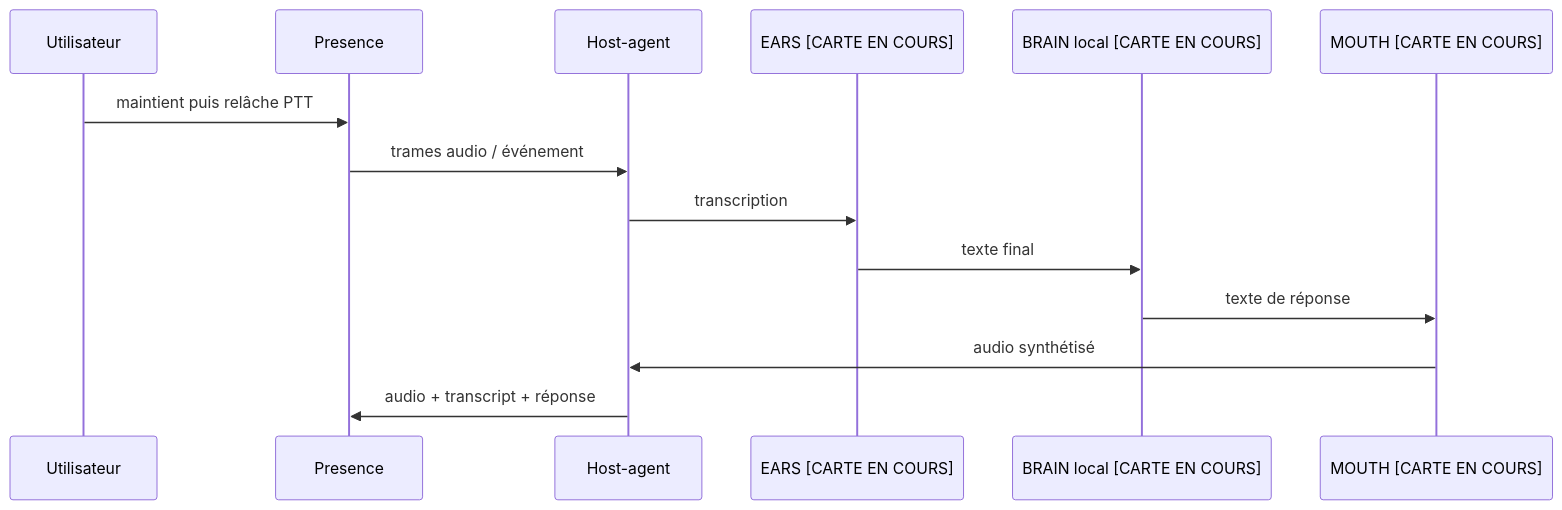
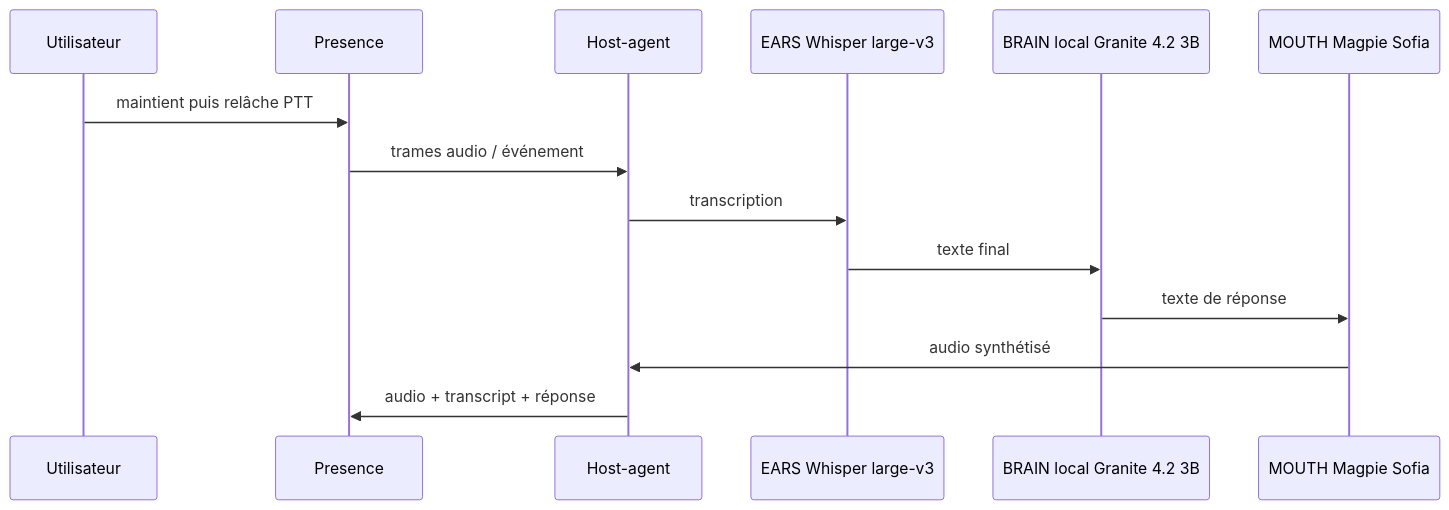
Before and after one commit to tbrignonen-ai/hyper-ambient: the third of 5 diagrams in nights/2026-09-19-ANNEXE-TECH-HYPER-AMBIANT.md, drawn with Mermaid. The commit also changed other lines of this file and 122 other files, not shown here.

````diff
--- a/nights/2026-09-19-ANNEXE-TECH-HYPER-AMBIANT.md
+++ b/nights/2026-09-19-ANNEXE-TECH-HYPER-AMBIANT.md
@@ -128,16 +155,16 @@
 ```mermaid
 sequenceDiagram
   participant U as Utilisateur
   participant P as Presence
   participant H as Host-agent
-  participant E as EARS [CARTE EN COURS]
-  participant B as BRAIN local [CARTE EN COURS]
-  participant M as MOUTH [CARTE EN COURS]
+  participant E as EARS Whisper large-v3
+  participant B as BRAIN local Granite 4.2 3B
+  participant M as MOUTH Magpie Sofia
   U->>P: maintient puis relâche PTT
   P->>H: trames audio / événement
   H->>E: transcription
   E->>B: texte final
   B->>M: texte de réponse
   M->>H: audio synthétisé
   H->>P: audio + transcript + réponse
 ```
````
